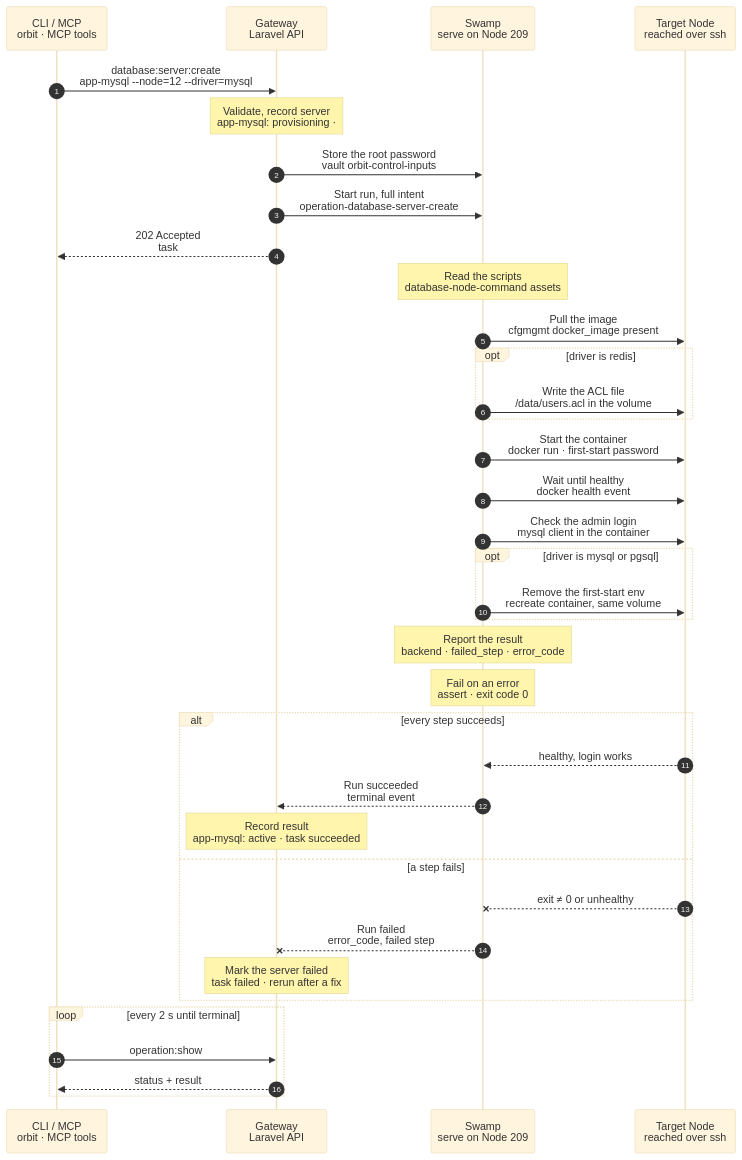
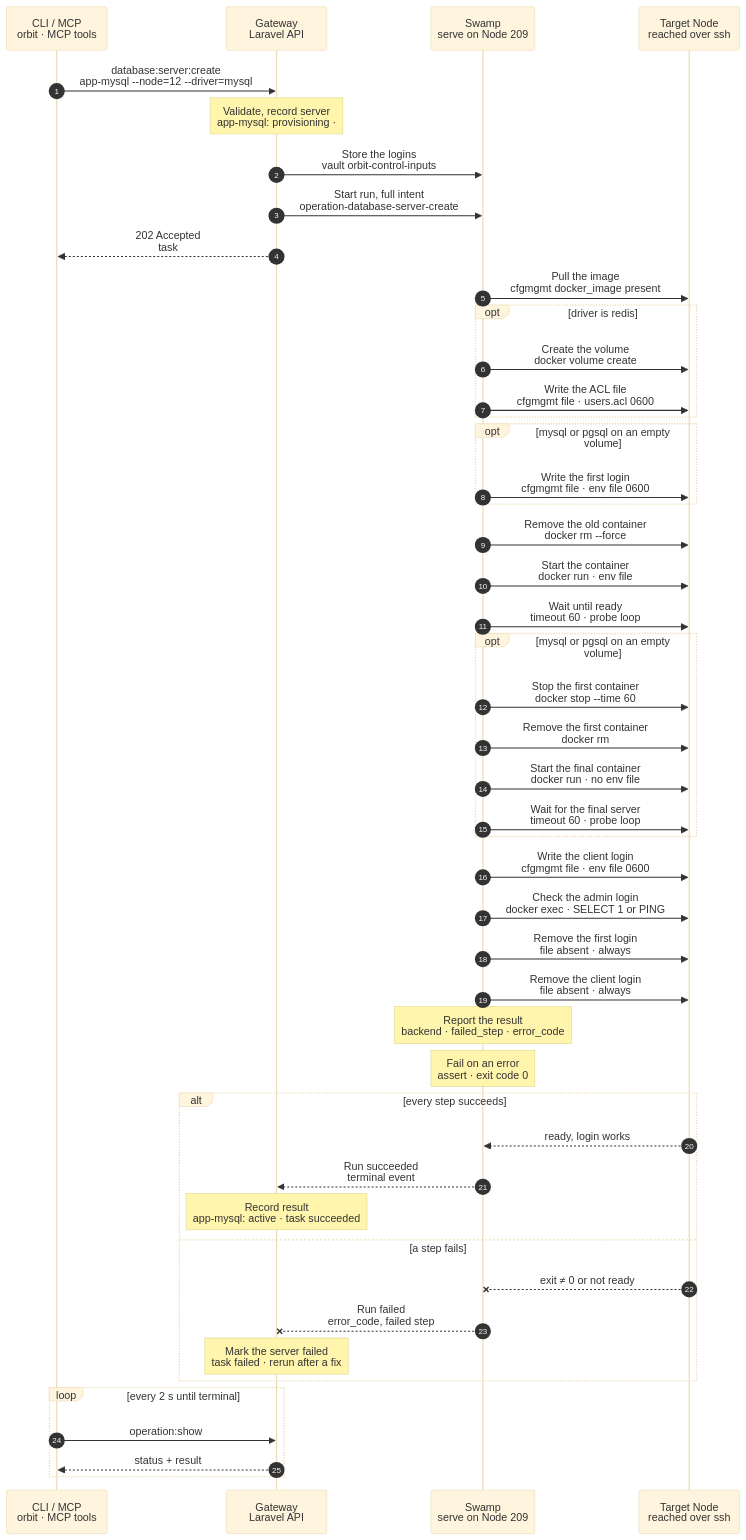
Before and after one commit to hardimpactdev/orbit: the diagram in docs/flows/database_server.create.mmd, drawn with Mermaid (base theme). The commit also changed 16 other files, not shown here.

First line of the commit message:
refactor(databases): database:server:create runs one cfgmgmt behavior or docker command per step (rule 22, Q-SECRET, Q-WAIT)

```diff
--- a/docs/flows/database_server.create.mmd
+++ b/docs/flows/database_server.create.mmd
@@ -1,151 +1,167 @@
 sequenceDiagram
   %% Target design: ADR 0244 task, single-swamp-node, DECISIONS R1-R4 (root password by vault key), docs/reference/database-servers.md. Valkey adoption (--process, --connection) removed.
   %% status: draft
   %% command: database:server:create
   autonumber
   %% lane CLI icon=terminal pill=caller tone=gray
   %% lane GW icon=gateway pill=intent tone=blue
   %% lane SW icon=workflow pill=executes tone=green
   %% lane N icon=server pill=target tone=amber
   participant CLI as CLI / MCP<br/>orbit · MCP tools
   participant GW as Gateway<br/>Laravel API
   participant SW as Swamp<br/>serve on Node 209
   participant N as Target Node<br/>reached over ssh
   CLI->>GW: database:server:create<br/>app-mysql --node=12 --driver=mysql
   %%> Command:
   %%> - `orbit database:server:create app-mysql --node=12 --driver=mysql`
   %%> - syntax: `<slug> --node=NODE [--driver=mysql|pgsql|redis] [--tag=TAG] [--port=PORT] [--idempotency-key=KEY] [--json]`
   %%> Input:
   %%> - the slug of the Database server as the argument, lowercase kebab, at most 63 characters
   %%> - the Node, and optionally the driver, the image tag and the port
   %%> Defaults:
   %%> - driver `mysql`; a `redis` server runs Valkey
   %%> - tag `8.4` for mysql, `18` for pgsql, `8.1` for redis
   %%> - port `3306`, `5432` or `6379`
   %%> Not included:
   %%> - adopting an existing Valkey Process with `--process` and `--connection`; both adoptions are done, so the option is removed
   Note over GW: Validate, record server<br/>app-mysql: provisioning · #5150
   %%> Requirements:
   %%> - your Node has an access grant to Node 12
   %%> - Node 12 is an active Linux Node with Docker and a WireGuard address
   %%> - no other Database server has the slug, or this is the same request again (then it continues)
   %%> - no other Process on Node 12 publishes port 3306
   %%> - no removal of app-mysql is unfinished
   %%> What it does:
   %%> - generates the root password and stores it encrypted on the Database server record
   %%> - records the Docker Node Process `app-mysql` with image `mysql:8.4` and volume `orbit-app-mysql-data`
   %%> - takes the lock for app-mysql, so no database change runs on it at the same time
   %%> Result:
   %%> - Database server app-mysql recorded with status provisioning
   %%> - task #5150 recorded with the full intent
   %%> - nothing has happened on the Node yet
-  GW->>SW: Store the root password<br/>vault orbit-control-inputs
+  GW->>SW: Store the logins<br/>vault orbit-control-inputs
   %%> What it does:
-  %%> - writes an execution copy of the root password to the Swamp vault, under the server's own key `database-server-14-admin`
-  %%> - for redis: also writes the ACL file, which holds only password hashes, under `database-server-create-intent-5150`
+  %%> - writes the admin login as an env file line under the server's own key `database-server-14-client-env`
+  %%> - for mysql and pgsql on an empty volume: writes the first-start variable under `database-server-14-first-env`
+  %%> - for redis: writes the ACL file, which holds only password hashes, under `database-server-create-intent-5150`
   %%> Why:
   %%> - the password never enters the intent, the run inputs, the Process record or a command argument (R3)
-  %%> - steps read it with `vault.get` and pass it on standard input
-  %%> - every later database kind that logs in as the admin reads the same key by name
+  %%> - steps read each value whole with `vault.get` into a 0600 file (Q-SECRET)
   GW->>SW: Start run, full intent<br/>operation-database-server-create
   %%> What it does:
   %%> - starts one Swamp run on serve (Node 209)
   %%> Inputs:
   %%> - driver, image, port, container name and volume
   %%> - the private bindings: Node 12's WireGuard address, and its LAN address when it has one
-  %%> - the vault key names of the password and the ACL file, never the values
+  %%> - the vault key names of the logins and the ACL file, never the values
+  %%> - each docker command the run needs, rendered by the Gateway
   %%> - Node 12's address and SSH host keys; the SSH identity comes from the `swamp` role
   GW-->>CLI: 202 Accepted<br/>task #5150
   %%> What you get:
   %%> - the task number, at once
   %%> Next:
   %%> - the CLI follows the task with `operation:show`
-  Note over SW: Read the scripts<br/>database-node-command assets
-  %%> What it does:
-  %%> - reads the shipped phase script on 209, to send it over SSH in argv
-  %%> - nothing is copied to Node 12, so nothing is left to clean up
   SW->>N: Pull the image<br/>cfgmgmt docker_image present
   %%> How:
   %%> - Swamp reaches Node 12 from 209 with the official `@swamp/cfgmgmt/docker_image` behavior, `ensure: present`
   %%> What it does:
   %%> - pulls `mysql:8.4`; an image that is already present is kept
   opt driver is redis
-    SW->>N: Write the ACL file<br/>/data/users.acl in the volume
+    SW->>N: Create the volume<br/>docker volume create
     %%> What it does:
-    %%> - writes one line for the user `default` with the SHA-256 hash of the admin password, through a short-lived container that mounts the volume
-    %%> - the file comes on standard input; it holds only hashes
+    %%> - creates the data volume `orbit-app-valkey-data`; an existing volume is kept
+    SW->>N: Write the ACL file<br/>cfgmgmt file · users.acl 0600
+    %%> What it does:
+    %%> - writes `users.acl` into the volume with the official `@swamp/cfgmgmt/file` behavior
+    %%> - one line for the user `default` with the SHA-256 hash of the admin password, and one per ACL user
     %%> Why:
     %%> - Valkey starts only from this file; without it Valkey refuses to start, so a damaged server stays closed
-    %%> Repair:
-    %%> - on an active Valkey server, the same command rebuilds the file from the records, with every ACL user
   end
-  SW->>N: Start the container<br/>docker run · first-start password
+  opt mysql or pgsql on an empty volume
+    SW->>N: Write the first login<br/>cfgmgmt file · env file 0600
+    %%> What it does:
+    %%> - writes `MYSQL_ROOT_PASSWORD` or `POSTGRES_PASSWORD` into a 0600 env file under `/run`
+  end
+  SW->>N: Remove the old container<br/>docker rm --force
   %%> What it does:
-  %%> - starts `app-mysql` with the volume and the port bound only on the private addresses
-  %%> - for mysql and pgsql: passes `MYSQL_ROOT_PASSWORD` or `POSTGRES_PASSWORD` once, from the vault through standard input
-  %%> - for redis: no environment; Valkey runs with `--aclfile /data/users.acl`
+  %%> - removes a container left by an earlier run; the data volume keeps the data and the password
+  %%> Why:
+  %%> - a rerun starts over from the volume, so it needs no check of what the earlier run did
+  SW->>N: Start the container<br/>docker run · env file
+  %%> What it does:
+  %%> - starts `app-mysql` with the volume, the health probe and the port bound only on the private addresses
+  %%> - passes the first-start env file with `--env-file`
   %%> Never:
   %%> - binds `0.0.0.0`, an IPv6 wildcard or a public address
-  SW->>N: Wait until healthy<br/>docker health event
+  SW->>N: Wait until ready<br/>timeout 60 · probe loop
   %%> What it does:
-  %%> - reads Docker's first health event for the container
-  %%> - healthy goes on; unhealthy or an exit fails the step
+  %%> - runs the server's probe inside the container until it answers, at most 60 seconds (Q-WAIT)
   %%> Why:
-  %%> - Docker owns the probe; the run's time budget bounds the wait
-  SW->>N: Check the admin login<br/>mysql client in the container
-  %%> What it does:
-  %%> - logs in as root over TCP inside the container, with the password on standard input
-  %%> - for redis: logs in as `default`
-  %%> Why:
-  %%> - only the final server accepts this login, so the next step never recreates a container that is still initializing
-  opt driver is mysql or pgsql
-    SW->>N: Remove the first-start env<br/>recreate container, same volume
-    %%> What it does:
-    %%> - recreates `app-mysql` without the password variable; the data volume keeps the password
-    %%> - checks the root login again
+  %%> - MySQL and PostgreSQL accept TCP only after their first-start initialization
+  opt mysql or pgsql on an empty volume
+    SW->>N: Stop the first container<br/>docker stop --time 60
+    %%> Why:
+    %%> - the first container carries the password variable in its environment
+    SW->>N: Remove the first container<br/>docker rm
+    SW->>N: Start the final container<br/>docker run · no env file
     %%> Result:
     %%> - the password is absent from the container environment and `docker inspect`
+    SW->>N: Wait for the final server<br/>timeout 60 · probe loop
   end
+  SW->>N: Write the client login<br/>cfgmgmt file · env file 0600
+  %%> What it does:
+  %%> - writes `MYSQL_PWD`, `PGPASSWORD` or `REDISCLI_AUTH` into a 0600 env file under `/run`
+  SW->>N: Check the admin login<br/>docker exec · SELECT 1 or PING
+  %%> What it does:
+  %%> - logs in as the admin over TCP inside the container, with the env file
+  %%> Result:
+  %%> - `1` for mysql and pgsql, `PONG` for redis; anything else fails with `database.server_login_failed`
+  SW->>N: Remove the first login<br/>file absent · always
+  %%> What it does:
+  %%> - removes the first-start env file, whatever happened above
+  SW->>N: Remove the client login<br/>file absent · always
+  %%> What it does:
+  %%> - removes the client env file, whatever happened above
   Note over SW: Report the result<br/>backend · failed_step · error_code
   %%> What it does:
   %%> - maps the first failed step to its error code, for example `database.server_unhealthy`
   Note over SW: Fail on an error<br/>assert · exit code 0
   %%> What it does:
   %%> - fails the run when the report holds an `error_code`, so the task fails with that code
   alt every step succeeds
-    N-->>SW: healthy, login works
+    N-->>SW: ready, login works
     %%> Returns:
-    %%> - the container is healthy and the admin login works
+    %%> - the server is ready and the admin login works
     SW-->>GW: Run succeeded<br/>terminal event
     %%> How the Gateway learns it:
     %%> - its shared run reader sees the terminal event; Swamp never calls the Gateway
     Note over GW: Record result<br/>app-mysql: active · task succeeded
     %%> Result:
     %%> - Database server app-mysql becomes active, and its Process runs
     %%> - task #5150 succeeds
     %%> - `database:create --server=app-mysql` can now create databases on it
   else a step fails
-    N--xSW: exit ≠ 0 or unhealthy
+    N--xSW: exit ≠ 0 or not ready
     %%> When:
-    %%> - the pull fails, the container does not become healthy, or the admin login fails
+    %%> - the pull fails, the server is not ready within 60 seconds, or the admin login fails
     SW--xGW: Run failed<br/>error_code, failed step
     %%> The Gateway reads:
     %%> - which step failed and its error code, such as `database.server_start_failed`
     Note over GW: Mark the server failed<br/>task failed · rerun after a fix
     %%> Result:
     %%> - Database server app-mysql is marked failed, with the failed step
     %%> - task #5150 fails
     %%> On the Node:
     %%> - the container and the volume stay as they are; there is no rollback
     %%> - that is safe: a rerun reuses the recorded password, Process and volume
     %%> Retry:
     %%> - run the same command again after fixing the cause; it is a new task and continues from the current state
   end
   loop every 2 s until terminal
     CLI->>GW: operation:show #5150
     %%> What it does:
     %%> - asks for the task's status every 2 seconds until it has ended
     GW-->>CLI: status + result
     %%> Returns:
     %%> - the current status, and the result once the task has ended
   end
```
